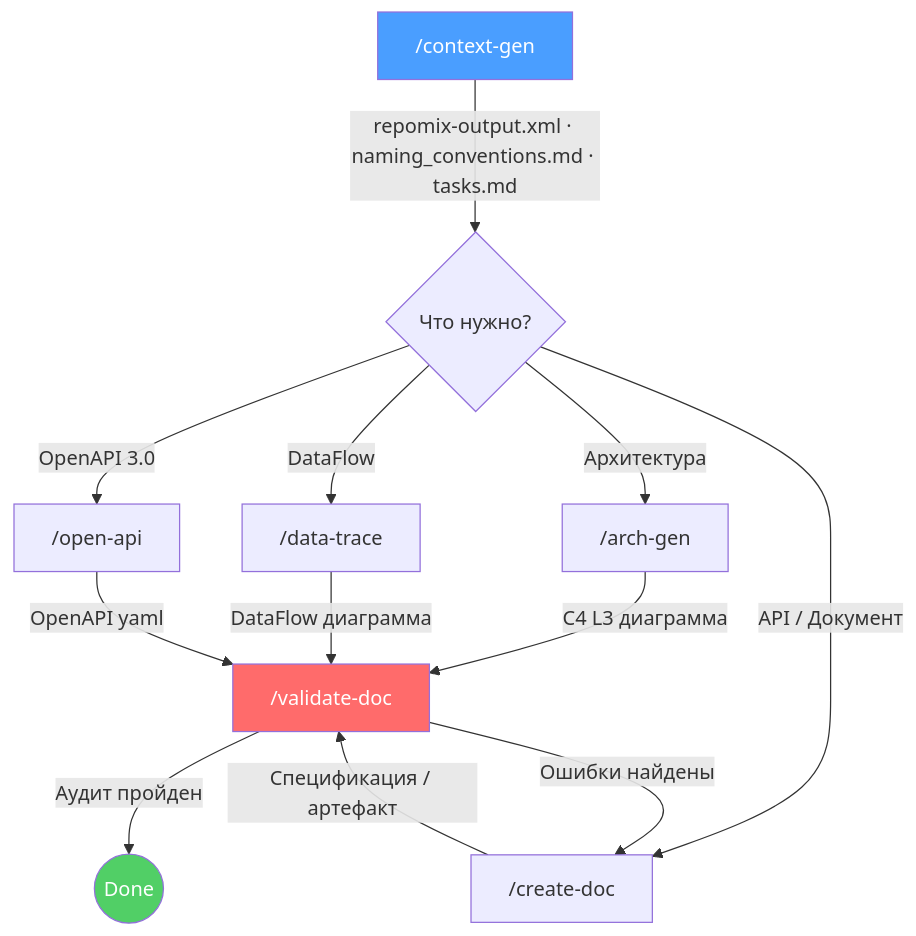
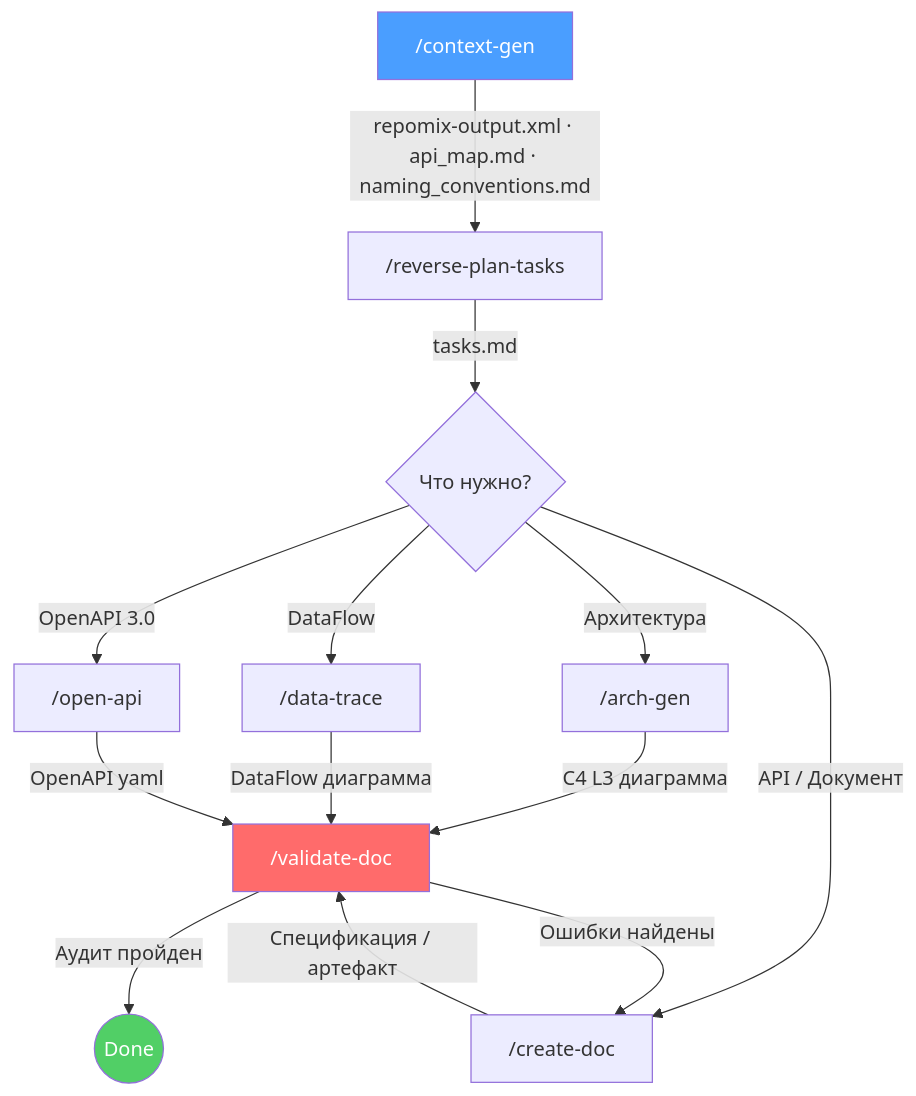
The first of 4 diagrams in README.md (boboden541/sa-helper), drawn with Mermaid before and after one commit. The commit also changed other lines of this file and 5 other files, not shown here.

````diff
--- a/README.md
+++ b/README.md
@@ -136,20 +136,21 @@
 ```mermaid
 flowchart TD
-    A["/context-gen"] -->|"repomix-output.xml · naming_conventions.md · tasks.md"| B{Что нужно?}
+    A["/context-gen"] -->|"repomix-output.xml · api_map.md · naming_conventions.md"| RP["/reverse-plan-tasks"]
+    RP -->|"tasks.md"| B{Что нужно?}
     B -->|"Архитектура"| C["/arch-gen"]
     B -->|"DataFlow"| D["/data-trace"]
     B -->|"API / Документ"| E["/create-doc"]
     B -->|"OpenAPI 3.0"| OA["/open-api"]
 
     C -->|"C4 L3 диаграмма"| F["/validate-doc"]
     D -->|"DataFlow диаграмма"| F
     E -->|"Спецификация / артефакт"| F
     OA -->|"OpenAPI yaml"| F
 
     F -->|"Аудит пройден"| G(("Done"))
     F -->|"Ошибки найдены"| E
 
     style A fill:#4a9eff,color:#fff
     style F fill:#ff6b6b,color:#fff
     style G fill:#51cf66,color:#fff
 ```
````
